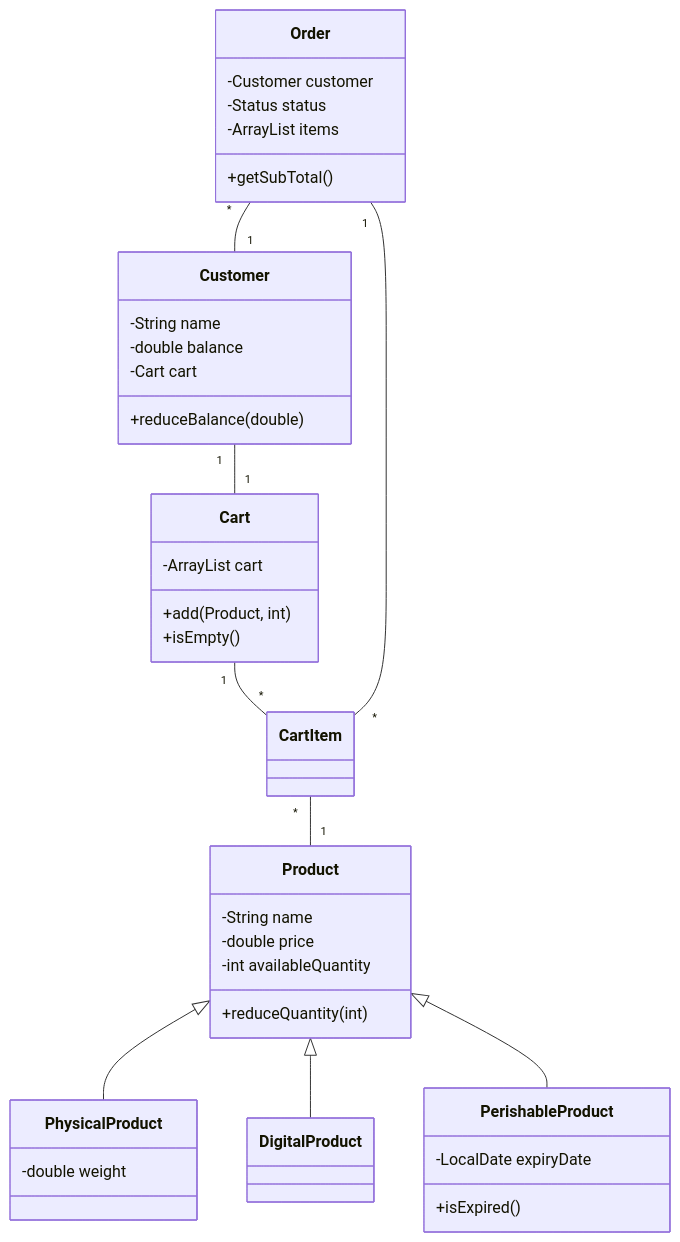
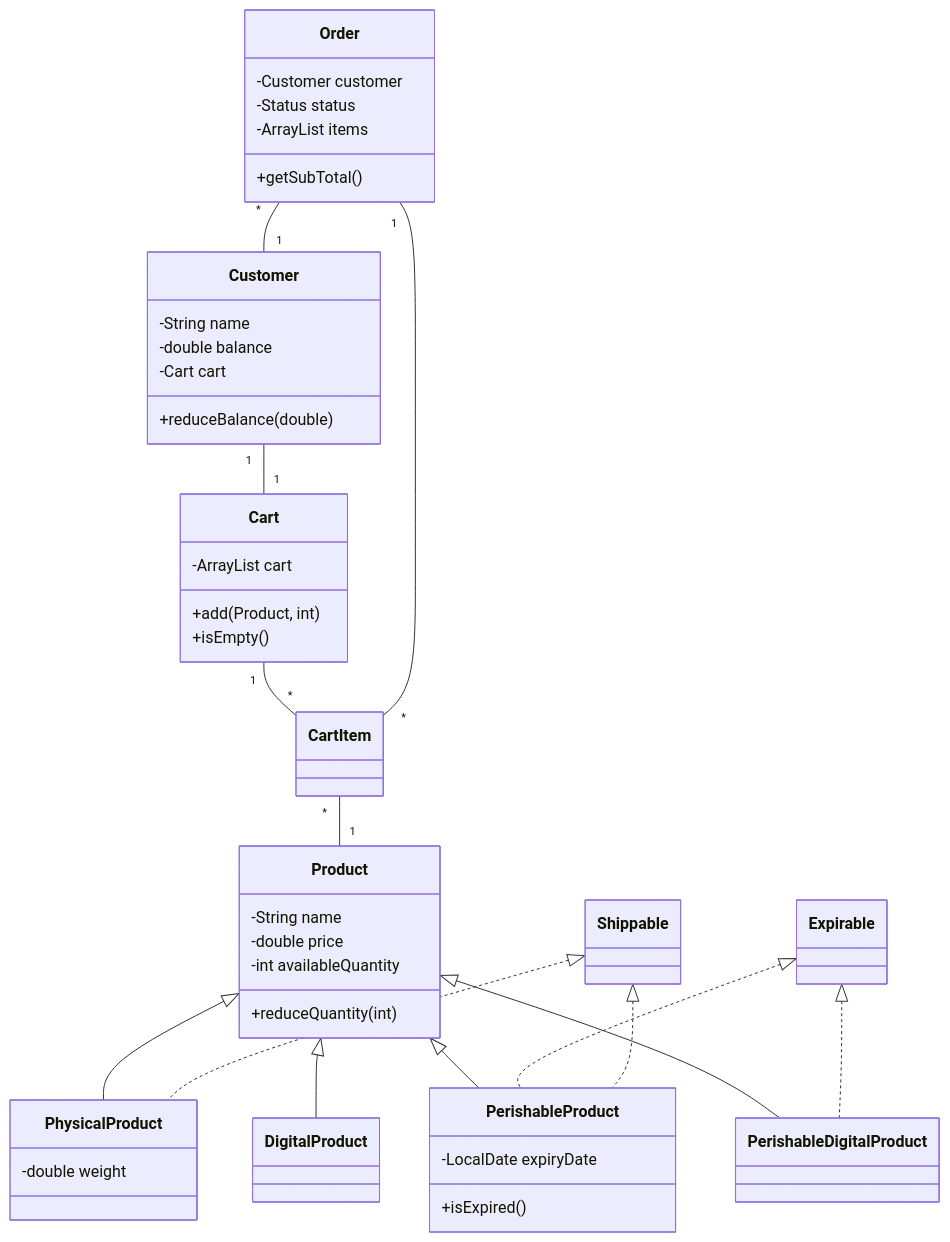
Before and after one commit to elfeshawy17/EcommerceCore: the diagram in README.md, drawn with Mermaid.

````diff
--- a/README.md
+++ b/README.md
@@ -33,50 +33,55 @@
 ```mermaid
 classDiagram
     class Product {
         -String name
         -double price
         -int availableQuantity
         +reduceQuantity(int)
     }
     
     class PhysicalProduct {
         -double weight
     }
     
     class DigitalProduct {
     }
     
     class PerishableProduct {
         -LocalDate expiryDate
         +isExpired()
     }
     
     class Customer {
         -String name
         -double balance
         -Cart cart
         +reduceBalance(double)
     }
     
     class Cart {
         -ArrayList<CartItem> cart
         +add(Product, int)
         +isEmpty()
     }
     
     class Order {
         -Customer customer
         -Status status
         -ArrayList<CartItem> items
         +getSubTotal()
     }
     
     Product <|-- PhysicalProduct
     Product <|-- DigitalProduct
     Product <|-- PerishableProduct
+    Product <|-- PerishableDigitalProduct
+    Expirable <|.. PerishableProduct
+    Expirable <|.. PerishableDigitalProduct
+    Shippable <|.. PhysicalProduct
+    Shippable <|.. PerishableProduct
     Customer "1" -- "1" Cart
     Cart "1" -- "*" CartItem
     CartItem "*" -- "1" Product
     Order "*" -- "1" Customer
     Order "1" -- "*" CartItem
 ```
````
